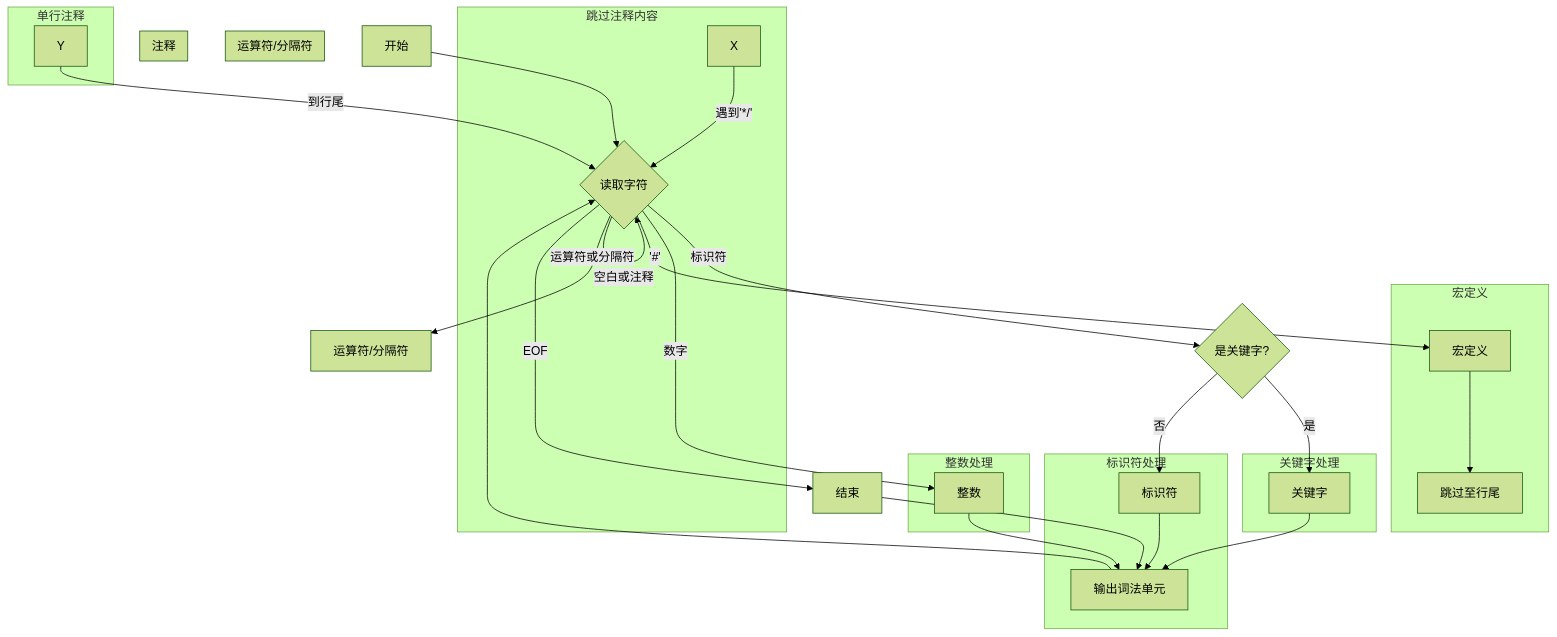
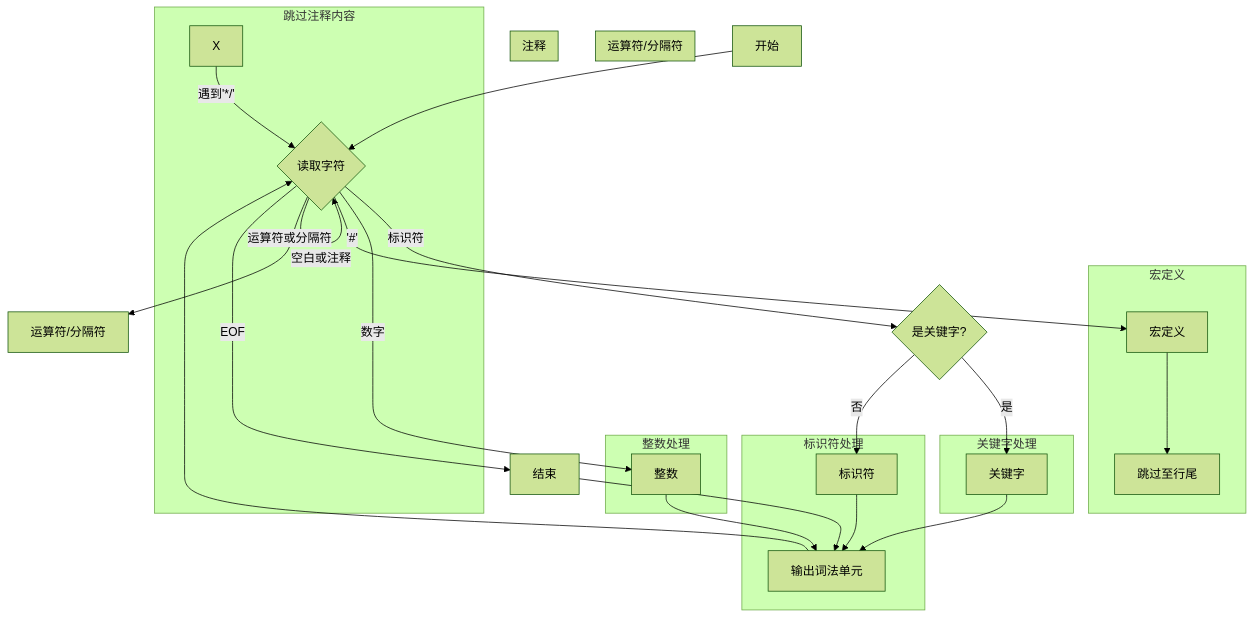
Before and after one commit to wjq-ctrl/iodraw-files: the diagram in all/未命名-1.md, drawn with Mermaid (forest theme).

Commit message:
2024-09-28 19:47:38 update

````diff
--- a/all/未命名-1.md
+++ b/all/未命名-1.md
@@ -1,54 +1,52 @@
 ```mermaid
 graph TD  
     A[开始] --> B{读取字符}  
   
     B -->|空白或注释| B  
     B -->|标识符| C{是关键字?}  
     B -->|数字| D[整数]  
     B -->|'#'| E[宏定义]  
     B -->|运算符或分隔符| F[运算符/分隔符]  
     B -->|EOF| G[结束]  
   
     C -->|是| H[关键字]  
     C -->|否| I[标识符]  
   
     G --> J[输出词法单元]  
   
     subgraph 宏定义  
     E --> K[跳过至行尾]  
     end  
   
     subgraph 运算符/分隔符  
     
     end  
   
     subgraph 注释  
     
     end  
   
     
   
       
   
     subgraph 标识符处理  
     I --> J  
     end  
   
     subgraph 关键字处理  
     H --> J  
     end  
   
     subgraph 整数处理  
     D --> J  
     end  
   
     subgraph 跳过注释内容  
     X -->|遇到'*/'| B  
     end  
   
-    subgraph 单行注释  
-    Y -->|到行尾| B  
-    end  
+    
   
     J --> B
 ```
````
